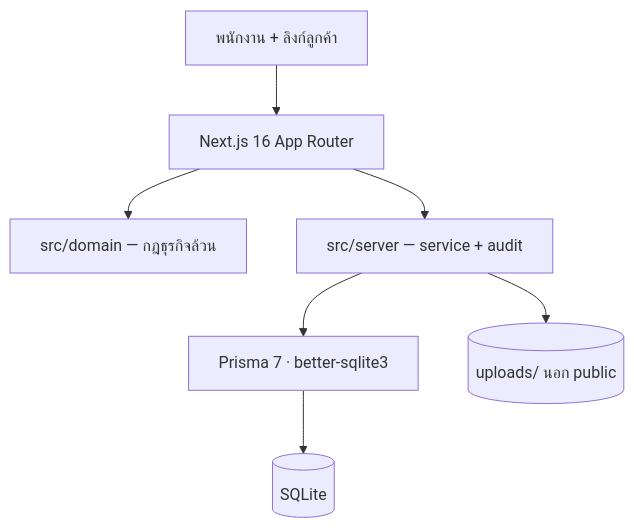
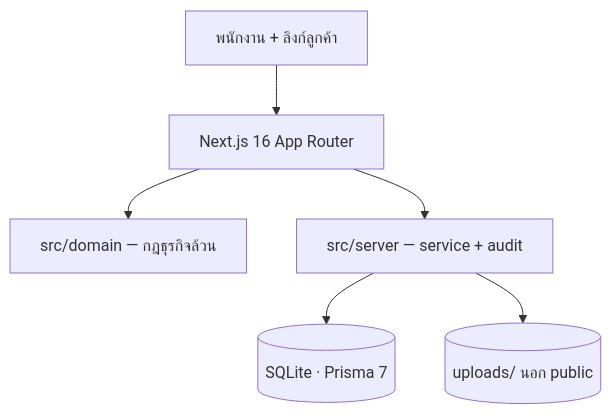
One commit to hirun-2542/RepairDesk changed the diagram in README.md. Above: the diagram before and after it, drawn with Mermaid.

Commit message:
docs: merge the Prisma node into the SQLite node
Shorten the vertical chain so the flowchart fits the README column without
a zoomable control.

````diff
--- a/README.md
+++ b/README.md
@@ -118,17 +118,15 @@
 ```mermaid
 flowchart TB
   Users["พนักงาน + ลิงก์ลูกค้า"]
   Next["Next.js 16 App Router"]
   Domain["src/domain — กฎธุรกิจล้วน"]
   Server["src/server — service + audit"]
-  Prisma["Prisma 7 · better-sqlite3"]
-  DB[("SQLite")]
+  DB[("SQLite · Prisma 7")]
   Files[("uploads/ นอก public")]
 
   Users --> Next
   Next --> Domain
   Next --> Server
-  Server --> Prisma
-  Prisma --> DB
+  Server --> DB
   Server --> Files
 ```
````
